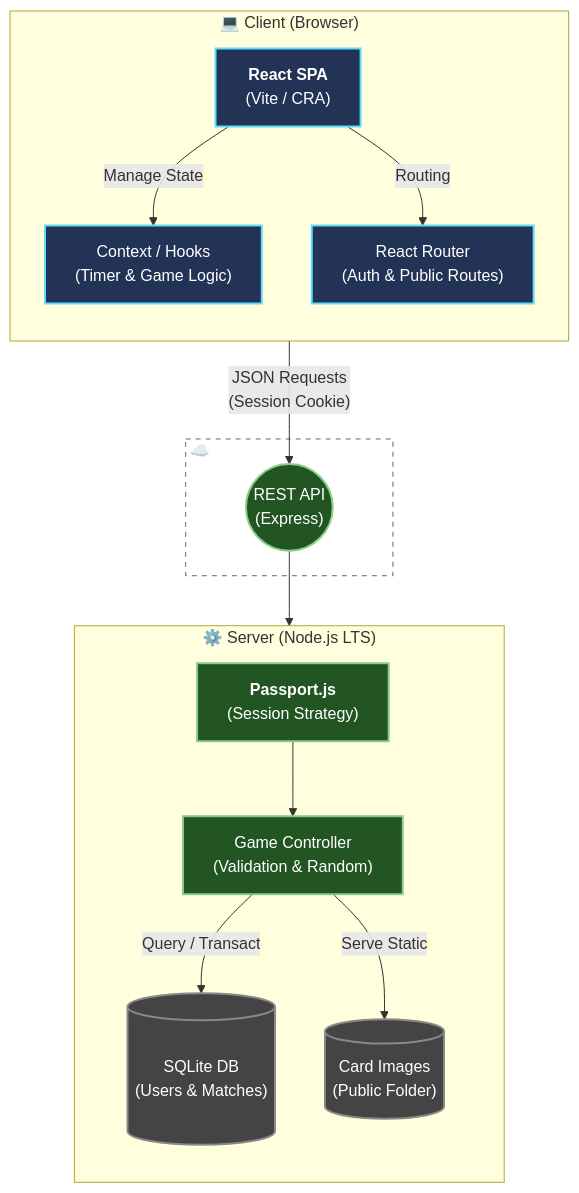
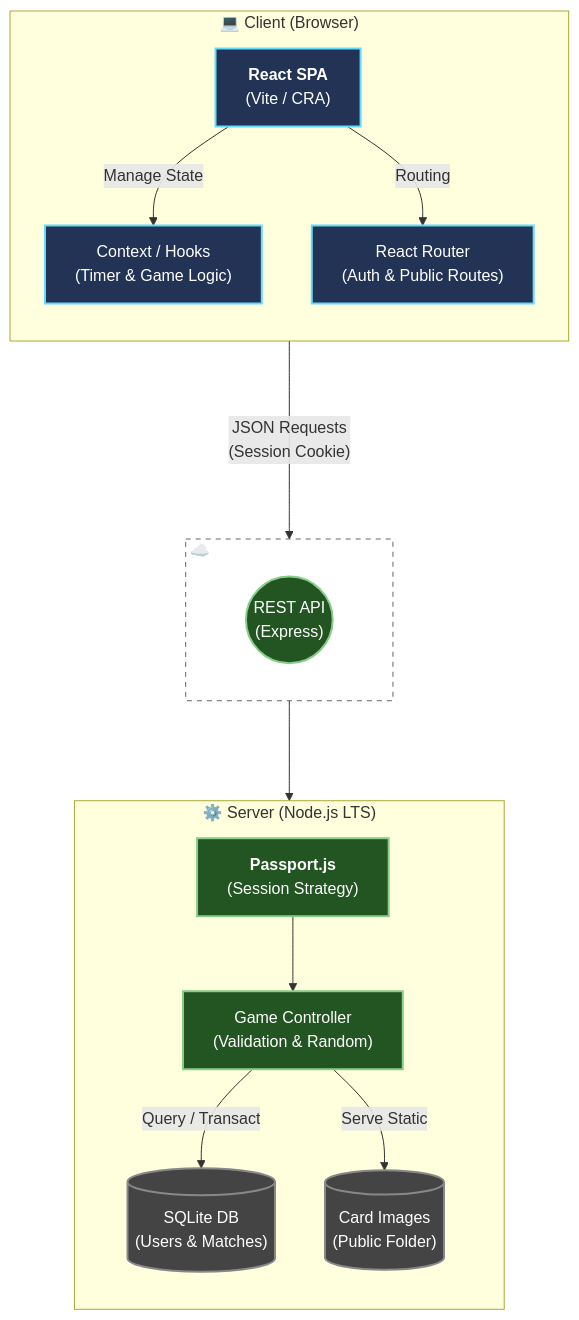
One commit to alessandro-benvenuti/Stuff-happens-in-Greece changed the diagram in README.md. Above: the diagram before and after it, drawn with Mermaid.

Commit message:
Refine flowchart layout and styles in README
Updated flowchart in README to enhance clarity and spacing.

````diff
--- a/README.md
+++ b/README.md
@@ -43,50 +43,50 @@
 ```mermaid
-graph TD
+flowchart TD
     %% --- CLIENT SIDE (React) ---
     subgraph Client_Side ["💻 Client (Browser)"]
         direction TB
         ReactApp["<b>React SPA</b><br/>(Vite / CRA)"]
         
         %% Logica interna al client
         ReactApp -- "Manage State" --> GameState["Context / Hooks<br/>(Timer & Game Logic)"]
         ReactApp -- "Routing" --> Router["React Router<br/>(Auth & Public Routes)"]
     end
 
     %% --- NETWORK (HTTP/JSON) ---
+    %% TRUCCO: Ho aumentato la lunghezza della freccia qui sotto aggiungendo trattini (---->)
+    %% Questo spinge il nodo ExpressAPI più lontano fisicamente dal nodo ReactApp
+    
     subgraph Network_Zone ["☁️ Network (HTTP / CORS)"]
-        %% La freccia indica lo scambio dati
-        ReactApp -- "JSON Requests<br/>(Session Cookie)" --> ExpressAPI(("REST API<br/>(Express)"))
+        direction TB
+        ReactApp -- "JSON Requests<br/>(Session Cookie)" ----> ExpressAPI(("REST API<br/>(Express)"))
     end
 
     %% --- SERVER SIDE (Node.js) ---
     subgraph Server_Side ["⚙️ Server (Node.js LTS)"]
         direction TB
         
-        %% Middleware di Auth
-        ExpressAPI --> AuthLayer["<b>Passport.js</b><br/>(Session Strategy)"]
+        %% Anche qui una freccia leggermente più lunga per distanziare il server dalla rete
+        ExpressAPI ---> AuthLayer["<b>Passport.js</b><br/>(Session Strategy)"]
         
         %% Logica di Business
         AuthLayer --> GameCtrl["Game Controller<br/>(Validation & Random)"]
         
         %% Database e Files
-        GameCtrl -- "Query / Transact" --> SQLite[("<br/>&nbsp;&nbsp;SQLite DB&nbsp;&nbsp;<br/>(Users & Matches)<br/>&nbsp;")]
+        GameCtrl -- "Query / Transact" --> SQLite[("SQLite DB<br/>(Users & Matches)")]
         GameCtrl -- "Serve Static" --> Assets[("Card Images<br/>(Public Folder)")]
     end
 
-    %% --- STILI GRAFICI (Dark Mode Friendly) ---
+    %% --- STILI GRAFICI ---
     
-    %% Stile Blu per React (Frontend)
     classDef react fill:#235,stroke:#61dafb,stroke-width:2px,color:#fff;
     class ReactApp,GameState,Router react;
 
-    %% Stile Verde per Node (Backend)
     classDef node fill:#252,stroke:#8c8,stroke-width:2px,color:#fff;
     class AuthLayer,GameCtrl node;
 
-    %% Stile Grigio per Storage
     classDef storage fill:#444,stroke:#888,color:#fff;
     class SQLite,Assets storage;
 
-    %% Stile Trasparente per la rete
-    style Network_Zone fill:transparent,stroke:#666,stroke-dasharray: 5 5,color:#fff;
+    %% TRUCCO PADDING: Aggiunto 'padding:30px' per creare aria intorno alla zona Network
+    style Network_Zone fill:transparent,stroke:#666,stroke-dasharray: 5 5,color:#fff,padding:30px;
 ```
````
